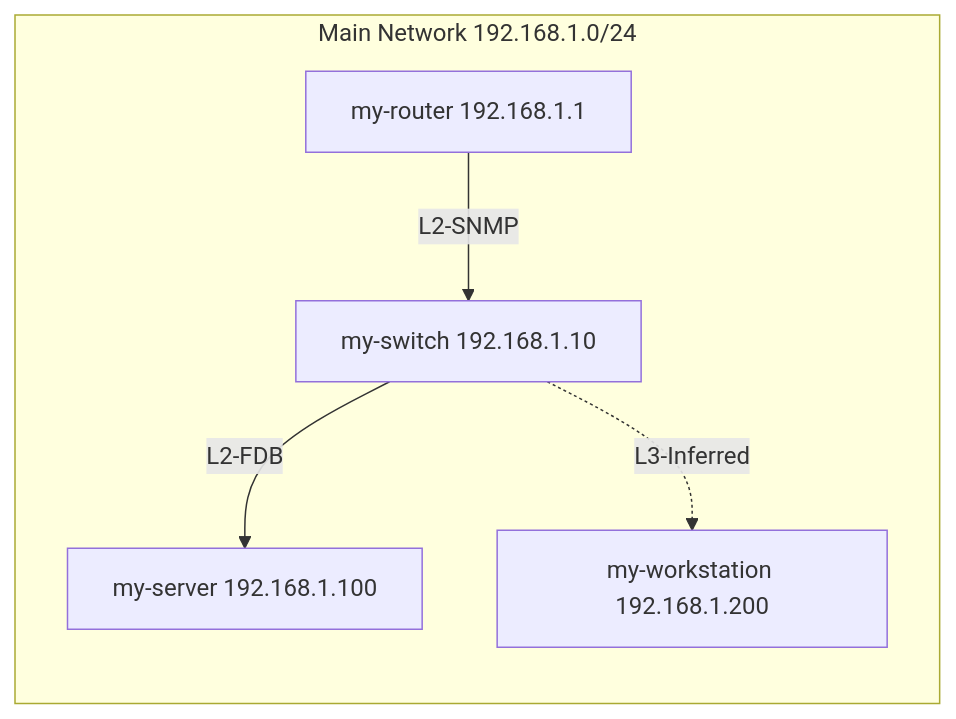
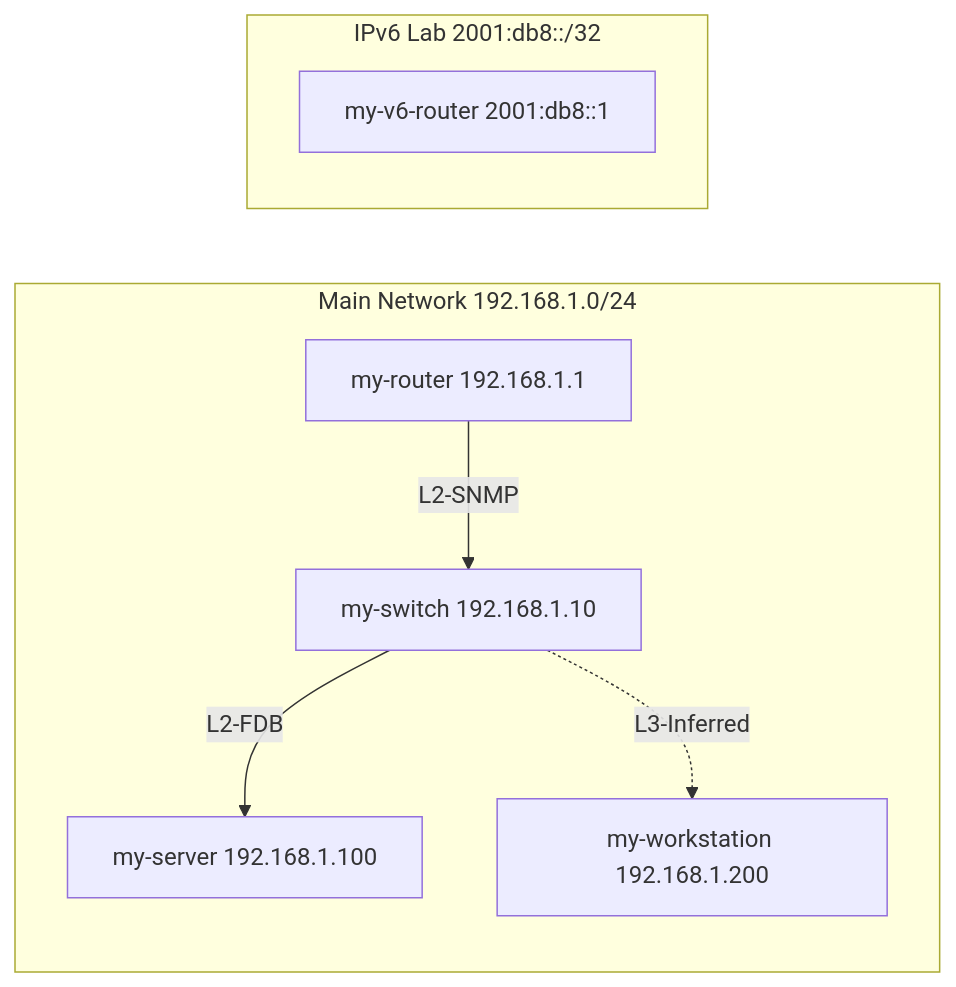
The diagram in README.md (jacobyoby/PSNetMap), drawn with Mermaid before and after one commit. The commit also changed other lines of this file and 3 other files, not shown here.

First line of the commit message:
docs: add real Export-DrawIO/Mermaid sample outputs

````diff
--- a/README.md
+++ b/README.md
@@ -22,12 +22,15 @@
 ```mermaid
 flowchart LR
   subgraph "Main Network 192.168.1.0/24"
-    r["my-router 192.168.1.1"]
-    s["my-switch 192.168.1.10"]
-    srv["my-server 192.168.1.100"]
-    pc["my-workstation 192.168.1.200"]
+    192_168_1_1["my-router 192.168.1.1"]
+    192_168_1_10["my-switch 192.168.1.10"]
+    192_168_1_100["my-server 192.168.1.100"]
+    192_168_1_200["my-workstation 192.168.1.200"]
   end
-  r -->|L2-SNMP| s
-  s -->|L2-FDB| srv
-  s -.->|L3-Inferred| pc
+  subgraph "IPv6 Lab 2001:db8::/32"
+    2001_db8__1["my-v6-router 2001:db8::1"]
+  end
+  192_168_1_1 --> |L2-SNMP| 192_168_1_10
+  192_168_1_10 --> |L2-FDB| 192_168_1_100
+  192_168_1_10 -.-> |L3-Inferred| 192_168_1_200
 ```
````
